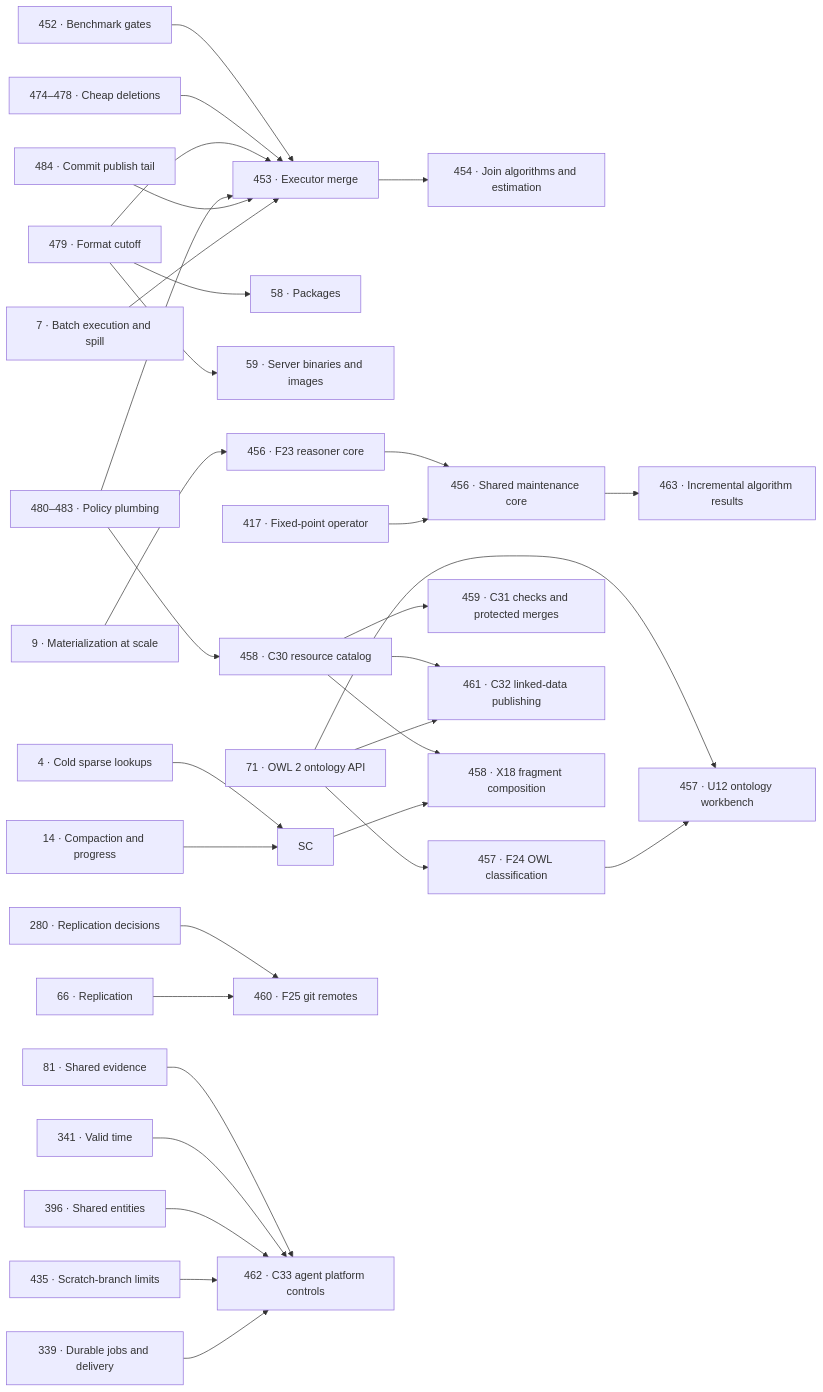
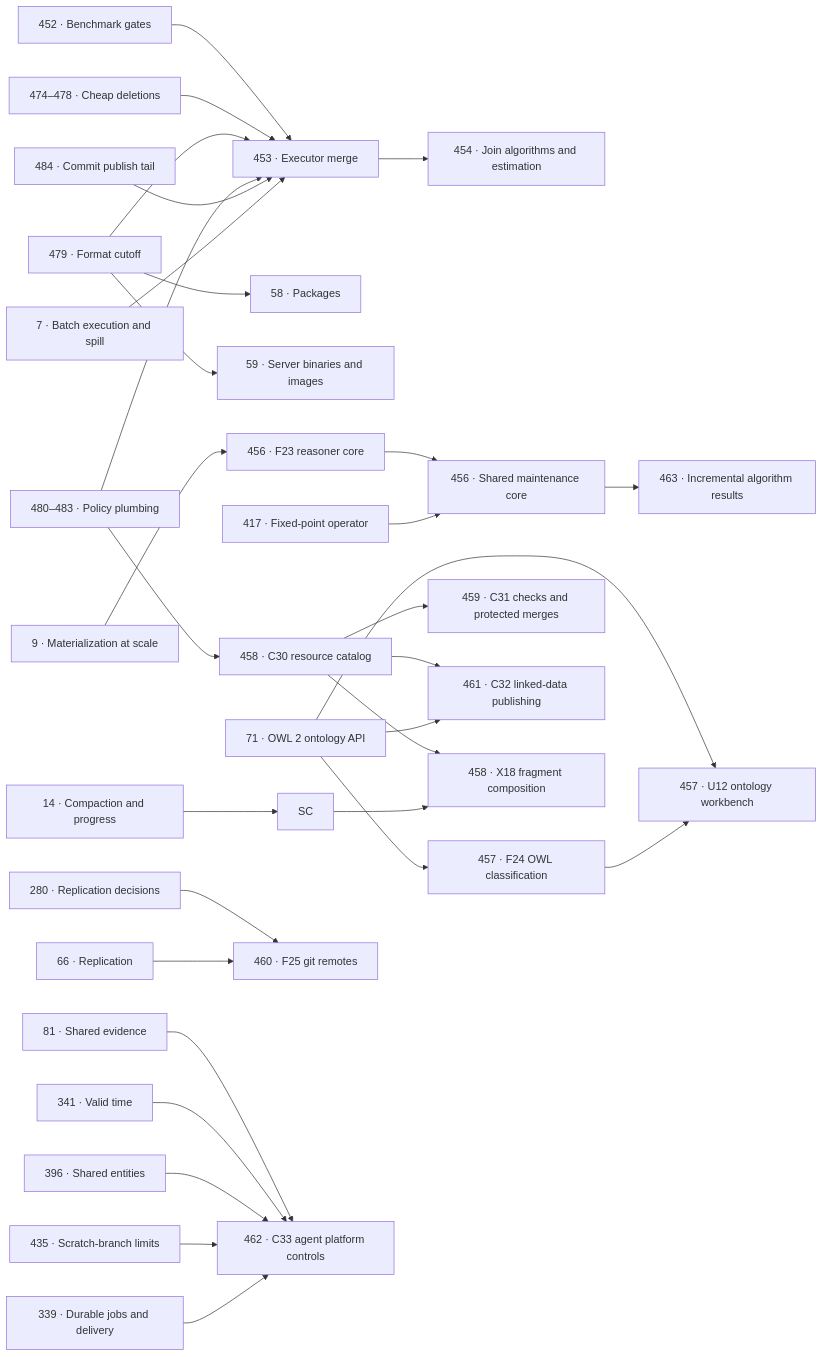
The first of 2 diagrams in docs/ROADMAP.md (kclejeune/sparkles), drawn with Mermaid before and after one commit. The commit also changed other lines of this file and 107 other files, not shown here.

````diff
--- a/docs/ROADMAP.md
+++ b/docs/ROADMAP.md
@@ -252,34 +252,33 @@
 ```mermaid
 flowchart LR
     G["452 · Benchmark gates"] --> XM["453 · Executor merge"]
     S1["474–478 · Cheap deletions"] --> XM
     FC["479 · Format cutoff"] --> XM
     PL["480–483 · Policy plumbing"] --> XM
     PT["484 · Commit publish tail"] --> XM
     I7["7 · Batch execution and spill"] --> XM
     XM --> JA["454 · Join algorithms and estimation"]
     FC --> I58["58 · Packages"]
     FC --> I59["59 · Server binaries and images"]
-    I4["4 · Cold sparse lookups"] --> SC
     I14["14 · Compaction and progress"] --> SC
     I9["9 · Materialization at scale"] --> RC["456 · F23 reasoner core"]
     RC --> IM["456 · Shared maintenance core"]
     I417["417 · Fixed-point operator"] --> IM
     IM --> IA["463 · Incremental algorithm results"]
     I71["71 · OWL 2 ontology API"] --> OC["457 · F24 OWL classification"]
     I71 --> WB["457 · U12 ontology workbench"]
     OC --> WB
     PL --> CA["458 · C30 resource catalog"]
     CA --> CK["459 · C31 checks and protected merges"]
     CA --> PB["461 · C32 linked-data publishing"]
     CA --> FR["458 · X18 fragment composition"]
     SC --> FR
     I71 --> PB
     I280["280 · Replication decisions"] --> GR["460 · F25 git remotes"]
     I66["66 · Replication"] --> GR
     I81["81 · Shared evidence"] --> AP["462 · C33 agent platform controls"]
     I341["341 · Valid time"] --> AP
     I396["396 · Shared entities"] --> AP
     I435["435 · Scratch-branch limits"] --> AP
     I339["339 · Durable jobs and delivery"] --> AP
 ```
````
